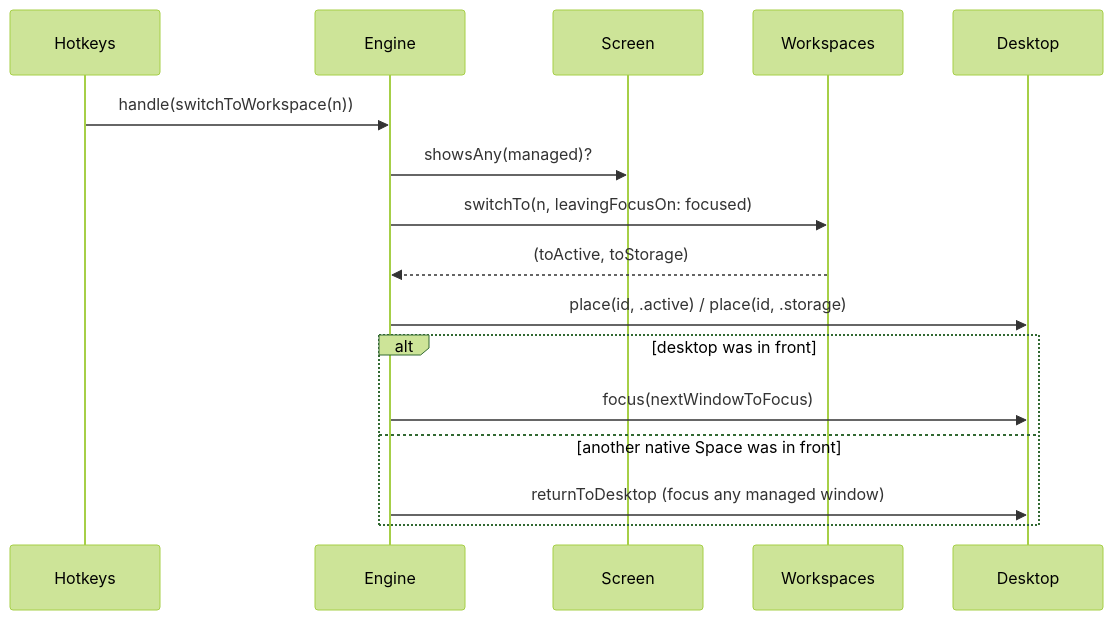
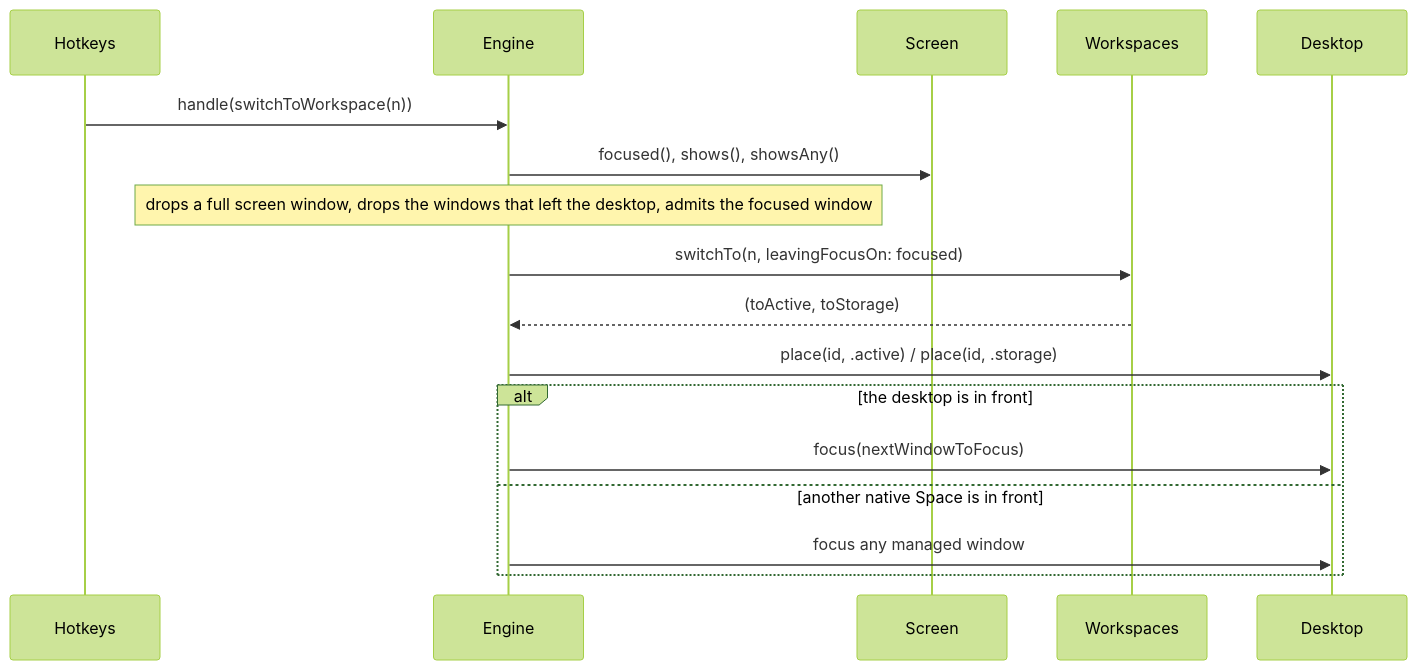
The third of 4 diagrams in ARCHITECTURE.md (brennovich/ottowm), drawn with Mermaid (forest theme) before and after one commit. The commit also changed other lines of this file, not shown here.

Commit message:
Revise ARCHITECTURE.md

````diff
--- a/ARCHITECTURE.md
+++ b/ARCHITECTURE.md
@@ -102,13 +122,14 @@
 ```mermaid
 sequenceDiagram
     Hotkeys->>Engine: handle(switchToWorkspace(n))
-    Engine->>Screen: showsAny(managed)?
+    Engine->>Screen: focused(), shows(), showsAny()
+    Note over Engine: drops a full screen window, drops the windows that left the desktop, admits the focused window
     Engine->>Workspaces: switchTo(n, leavingFocusOn: focused)
     Workspaces-->>Engine: (toActive, toStorage)
     Engine->>Desktop: place(id, .active) / place(id, .storage)
-    alt desktop was in front
+    alt the desktop is in front
         Engine->>Desktop: focus(nextWindowToFocus)
-    else another native Space was in front
-        Engine->>Desktop: returnToDesktop (focus any managed window)
+    else another native Space is in front
+        Engine->>Desktop: focus any managed window
     end
 ```
````
